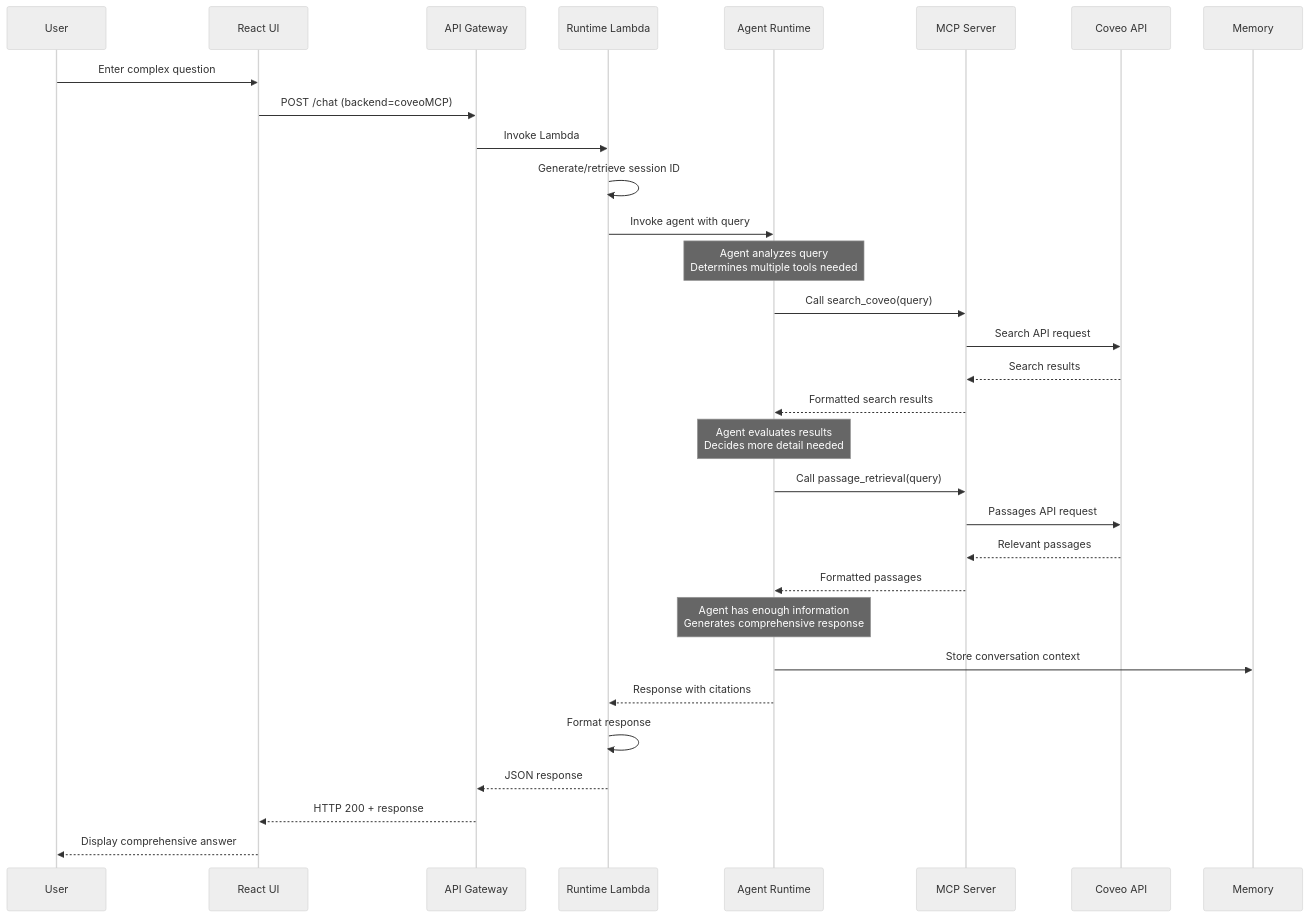
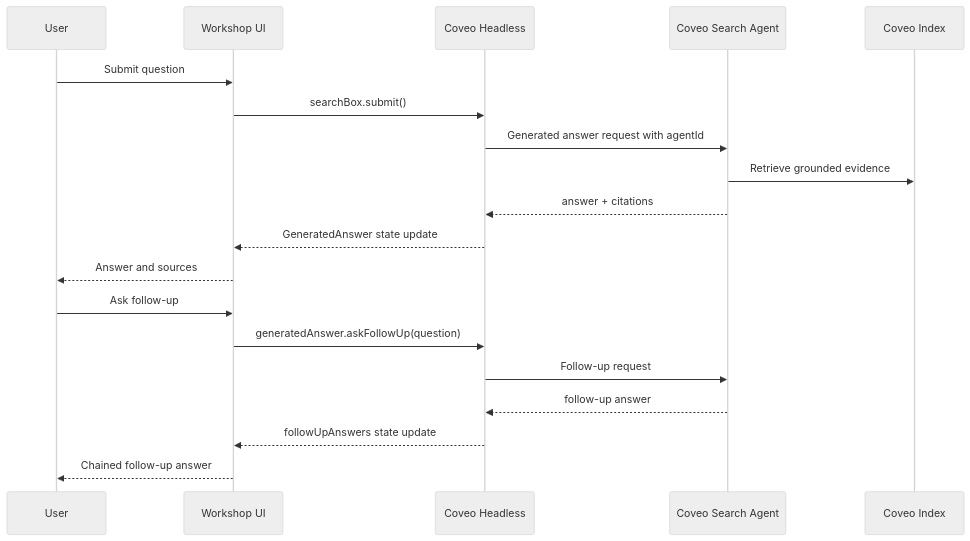
Before and after one commit to kpullagu/aws-coveo-workshop-stackset: the second of 2 diagrams in mkdocs-workshop/docs/lab3/architecture.md, drawn with Mermaid (neutral theme). The commit also changed other lines of this file and 98 other files, not shown here.

First line of the commit message:
Workshop refresh: AgentCore + Hosted MCP chatbot, native Coveo Search Agent UI, and updated docs

````diff
--- a/mkdocs-workshop/docs/lab3/architecture.md
+++ b/mkdocs-workshop/docs/lab3/architecture.md
@@ -160,40 +58,23 @@
 ```mermaid
 sequenceDiagram
     participant User
-    participant UI as React UI
-    participant AG as API Gateway
-    participant RUNTIME as Runtime Lambda
-    participant AGENT as Agent Runtime
-    participant MCP as MCP Server
-    participant COVEO as Coveo API
-    participant MEM as Memory
-    
-    User->>UI: Enter complex question
-    UI->>AG: POST /chat (backend=coveoMCP)
-    AG->>RUNTIME: Invoke Lambda
-    RUNTIME->>RUNTIME: Generate/retrieve session ID
-    RUNTIME->>AGENT: Invoke agent with query
-    
-    Note over AGENT: Agent analyzes query<br/>Determines multiple tools needed
-    
-    AGENT->>MCP: Call search_coveo(query)
-    MCP->>COVEO: Search API request
-    COVEO-->>MCP: Search results
-    MCP-->>AGENT: Formatted search results
-    
-    Note over AGENT: Agent evaluates results<br/>Decides more detail needed
-    
-    AGENT->>MCP: Call passage_retrieval(query)
-    MCP->>COVEO: Passages API request
-    COVEO-->>MCP: Relevant passages
-    MCP-->>AGENT: Formatted passages
-    
-    Note over AGENT: Agent has enough information<br/>Generates comprehensive response
-    
-    AGENT->>MEM: Store conversation context
-    AGENT-->>RUNTIME: Response with citations
-    RUNTIME->>RUNTIME: Format response
-    RUNTIME-->>AG: JSON response
-    AG-->>UI: HTTP 200 + response
-    UI-->>User: Display comprehensive answer
+    participant UI as Workshop UI
+    participant Headless as Coveo Headless
+    participant Agent as Coveo Search Agent
+    participant Index as Coveo Index
+
+    User->>UI: Submit question
+    UI->>Headless: searchBox.submit()
+    Headless->>Agent: Generated answer request with agentId
+    Agent->>Index: Retrieve grounded evidence
+    Agent-->>Headless: answer + citations
+    Headless-->>UI: GeneratedAnswer state update
+    UI-->>User: Answer and sources
+
+    User->>UI: Ask follow-up
+    UI->>Headless: generatedAnswer.askFollowUp(question)
+    Headless->>Agent: Follow-up request
+    Agent-->>Headless: follow-up answer
+    Headless-->>UI: followUpAnswers state update
+    UI-->>User: Chained follow-up answer
 ```
````
